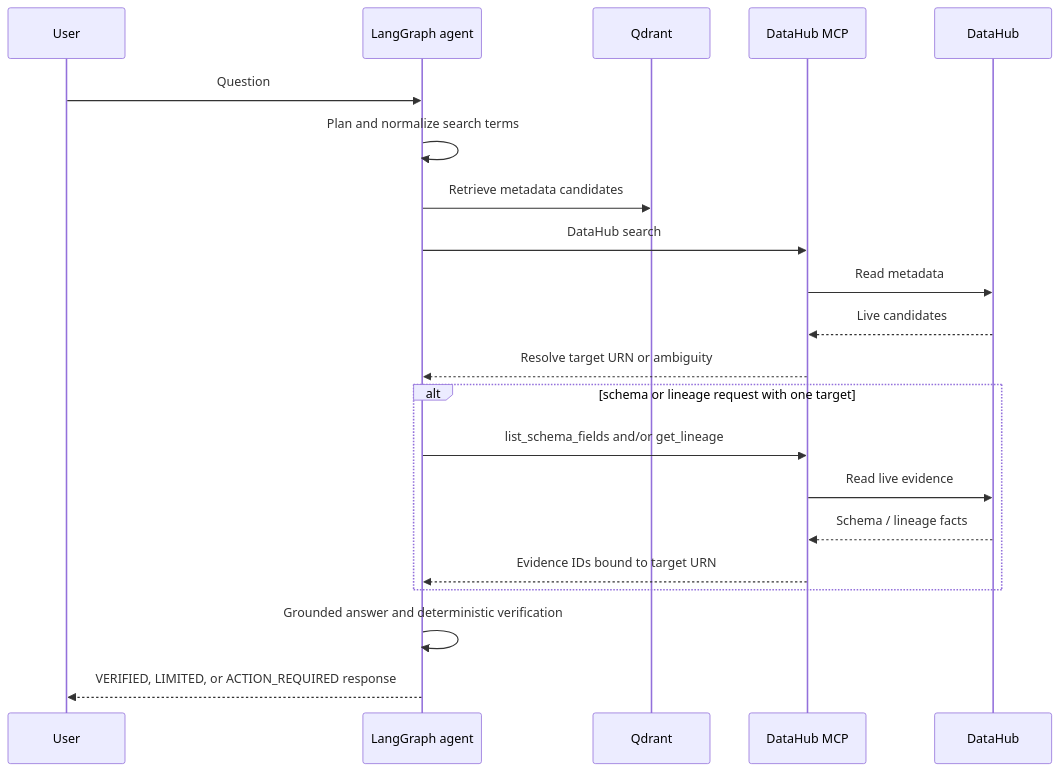
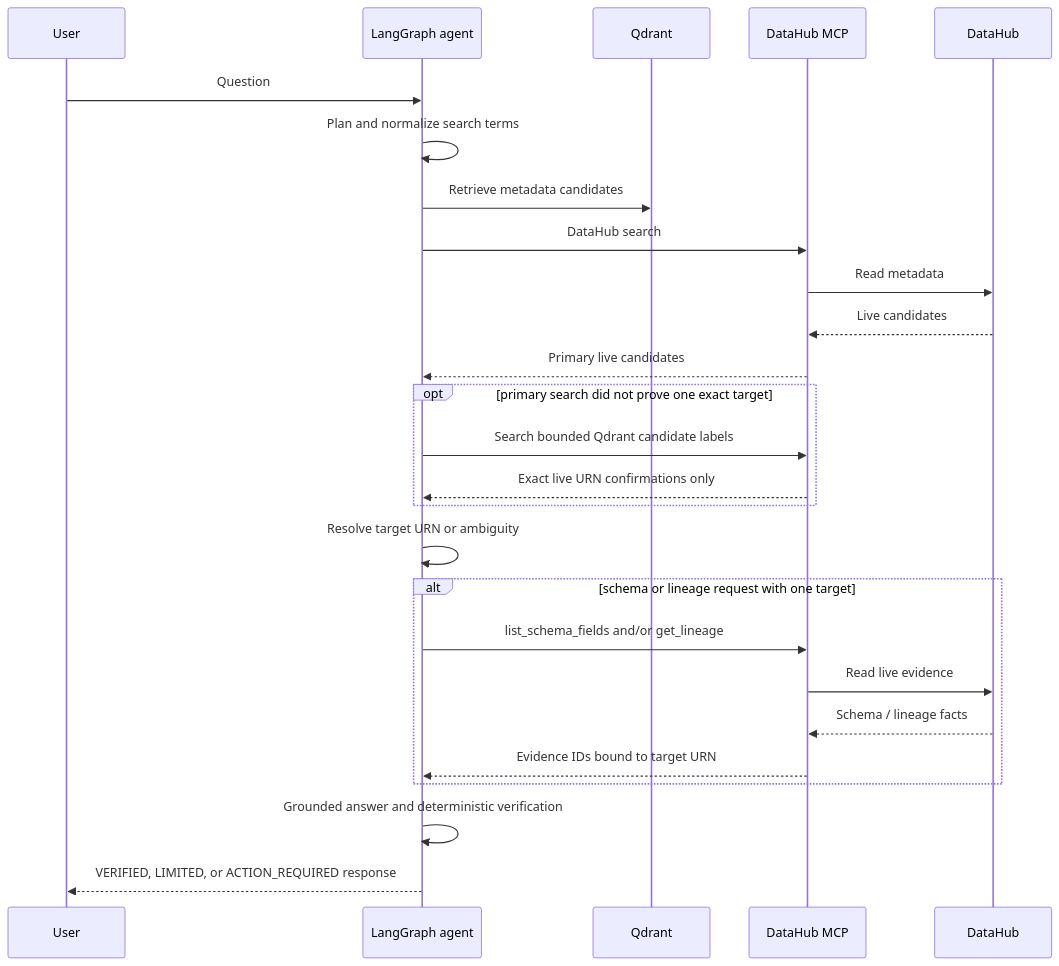
One commit to omarfh111/LineageGuard-AI changed the third of 4 diagrams in docs/architecture.md. Above: the diagram before and after it, drawn with Mermaid. The commit also changed other lines of this file and 33 other files, not shown here.

````diff
--- a/docs/architecture.md
+++ b/docs/architecture.md
@@ -49,24 +49,29 @@
 ```mermaid
 sequenceDiagram
     participant U as User
     participant A as LangGraph agent
     participant Q as Qdrant
     participant M as DataHub MCP
     participant D as DataHub
 
     U->>A: Question
     A->>A: Plan and normalize search terms
     A->>Q: Retrieve metadata candidates
     A->>M: DataHub search
     M->>D: Read metadata
     D-->>M: Live candidates
-    M-->>A: Resolve target URN or ambiguity
+    M-->>A: Primary live candidates
+    opt primary search did not prove one exact target
+        A->>M: Search bounded Qdrant candidate labels
+        M-->>A: Exact live URN confirmations only
+    end
+    A->>A: Resolve target URN or ambiguity
     alt schema or lineage request with one target
         A->>M: list_schema_fields and/or get_lineage
         M->>D: Read live evidence
         D-->>M: Schema / lineage facts
         M-->>A: Evidence IDs bound to target URN
     end
     A->>A: Grounded answer and deterministic verification
     A-->>U: VERIFIED, LIMITED, or ACTION_REQUIRED response
 ```
````
